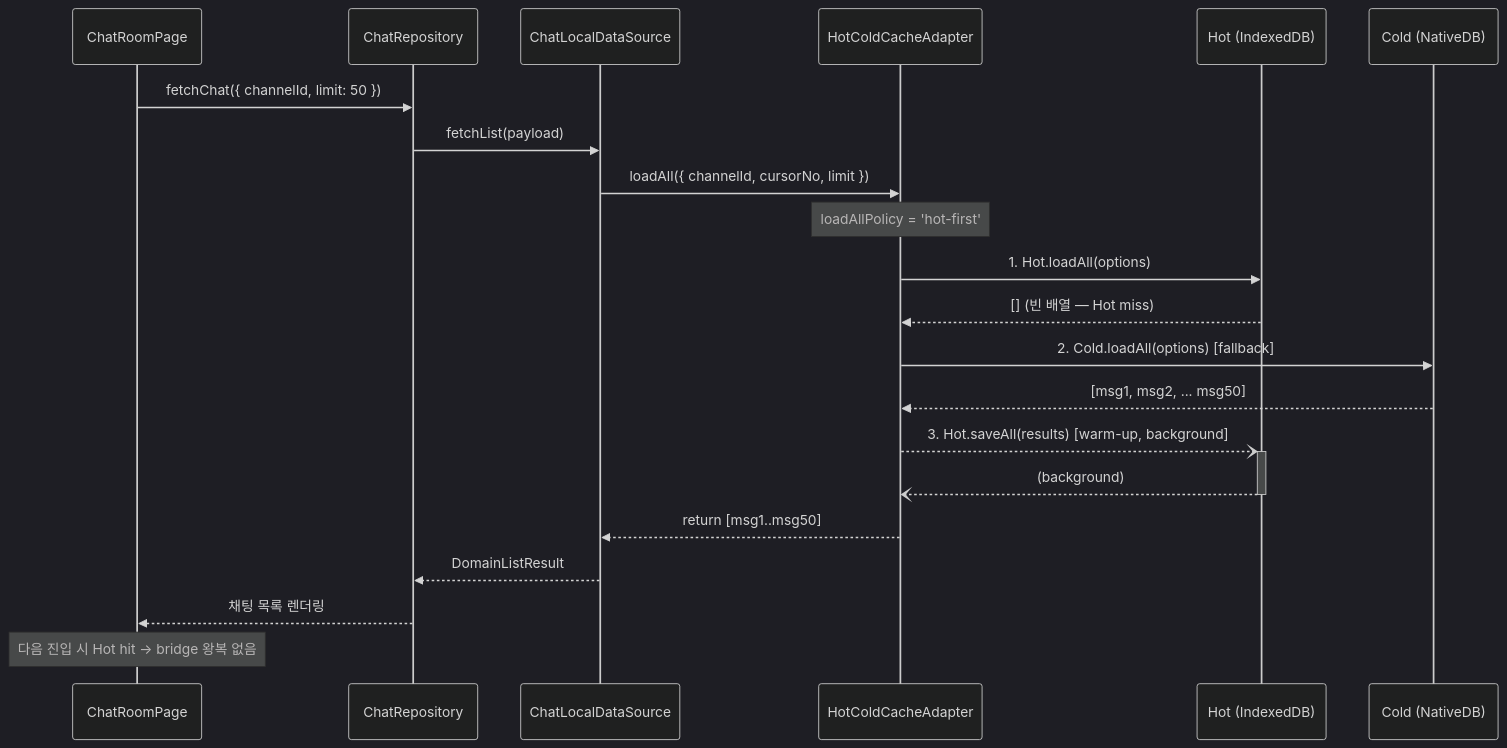
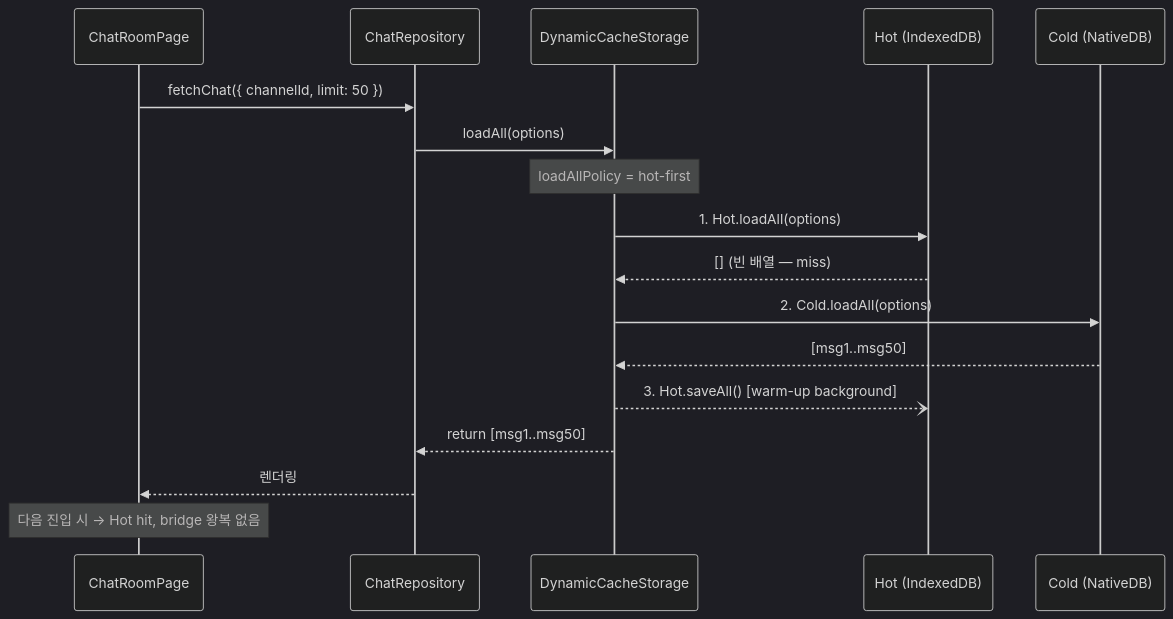
Before and after one commit to lemoncloud-io/dou-app: the seventh of 9 diagrams in docs/specs/cache/hot-cold-cache-strategy.md, drawn with Mermaid (dark theme). The commit also changed other lines of this file, not shown here.

Commit message:
docs(cache): update hot-cold spec with DynamicCacheStorage naming and mermaid diagrams

````diff
--- a/docs/specs/cache/hot-cold-cache-strategy.md
+++ b/docs/specs/cache/hot-cold-cache-strategy.md
@@ -343,29 +268,21 @@
 ```mermaid
 sequenceDiagram
     participant UI as ChatRoomPage
     participant CR as ChatRepository
-    participant LDS as ChatLocalDataSource
-    participant HC as HotColdCacheAdapter
+    participant DC as DynamicCacheStorage
     participant Hot as Hot (IndexedDB)
     participant Cold as Cold (NativeDB)
 
     UI->>CR: fetchChat({ channelId, limit: 50 })
-    CR->>LDS: fetchList(payload)
-    LDS->>HC: loadAll({ channelId, cursorNo, limit })
+    CR->>DC: loadAll(options)
+    Note over DC: loadAllPolicy = hot-first
+    DC->>Hot: 1. Hot.loadAll(options)
+    Hot-->>DC: [] (빈 배열 — miss)
+    DC->>Cold: 2. Cold.loadAll(options)
+    Cold-->>DC: [msg1..msg50]
+    DC--)Hot: 3. Hot.saveAll() [warm-up background]
+    DC-->>CR: return [msg1..msg50]
+    CR-->>UI: 렌더링
 
-    Note over HC: loadAllPolicy = 'hot-first'
-    HC->>Hot: 1. Hot.loadAll(options)
-    Hot-->>HC: [] (빈 배열 — Hot miss)
-
-    HC->>Cold: 2. Cold.loadAll(options) [fallback]
-    Cold-->>HC: [msg1, msg2, ... msg50]
-
-    HC--)+Hot: 3. Hot.saveAll(results) [warm-up, background]
-    Hot--)-HC: (background)
-
-    HC-->>LDS: return [msg1..msg50]
-    LDS-->>CR: DomainListResult
-    CR-->>UI: 채팅 목록 렌더링
-
-    Note over UI: 다음 진입 시 Hot hit → bridge 왕복 없음
+    Note over UI: 다음 진입 시 → Hot hit, bridge 왕복 없음
 ```
````
